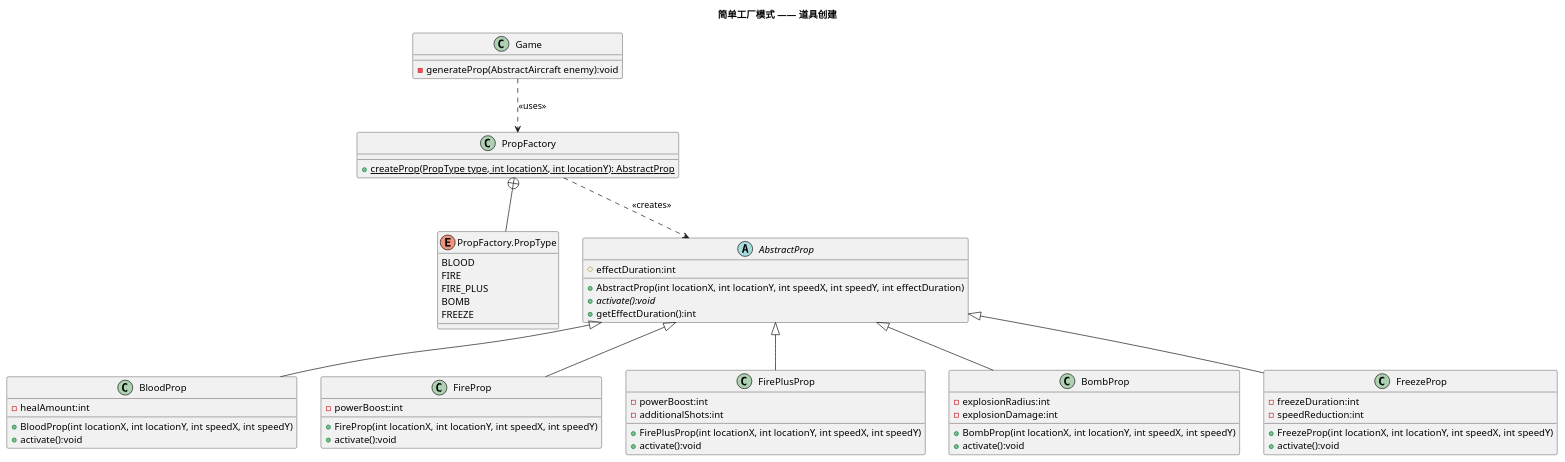
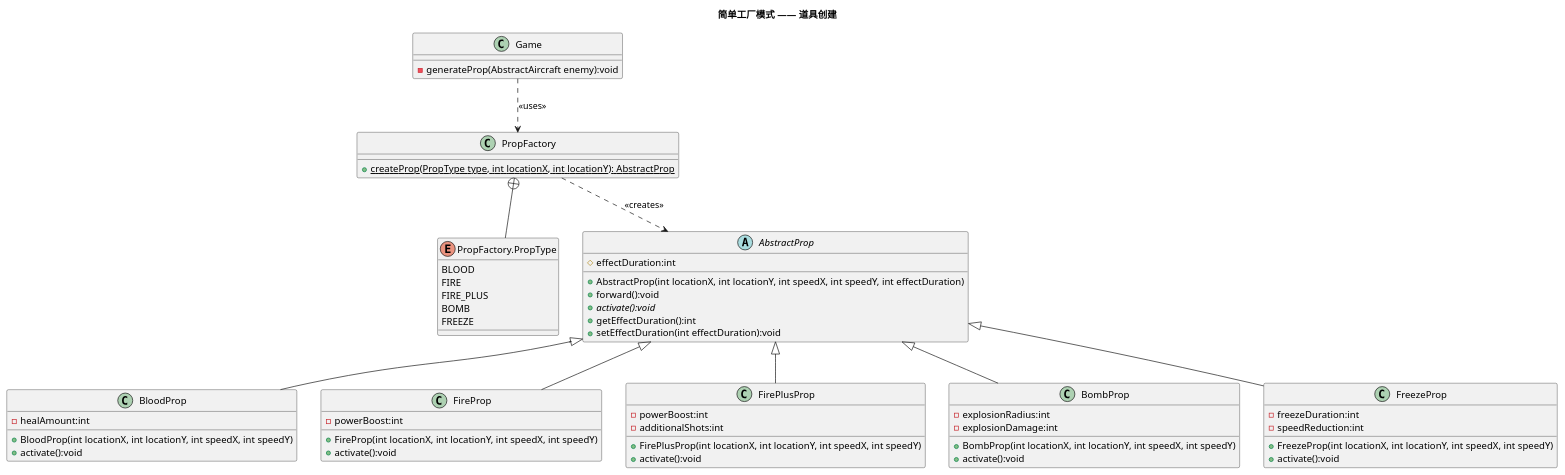
Before and after one commit to shark12-18/AircraftWar: the diagram in uml/SimpleFactory.puml, drawn with PlantUML. The commit also changed 5 other files, not shown here.

```diff
--- a/uml/SimpleFactory.puml
+++ b/uml/SimpleFactory.puml
@@ -1,83 +1,85 @@
 @startuml SimpleFactory
 '简单工厂模式 - 道具创建
 
 title 简单工厂模式 —— 道具创建
 
 ' ========== 简单工厂类 ==========
 class PropFactory {
     + {static} createProp(PropType type, int locationX, int locationY): AbstractProp
 }
 
 enum "PropFactory.PropType" as PropType {
     BLOOD
     FIRE
     FIRE_PLUS
     BOMB
     FREEZE
 }
 
 ' ========== 抽象产品 ==========
 abstract class AbstractProp {
     # effectDuration:int
     + AbstractProp(int locationX, int locationY, int speedX, int speedY, int effectDuration)
+    + forward():void
     + {abstract} activate():void
     + getEffectDuration():int
+    + setEffectDuration(int effectDuration):void
 }
 
 ' ========== 具体产品 ==========
 class BloodProp {
     - healAmount:int
     + BloodProp(int locationX, int locationY, int speedX, int speedY)
     + activate():void
 }
 
 class FireProp {
     - powerBoost:int
     + FireProp(int locationX, int locationY, int speedX, int speedY)
     + activate():void
 }
 
 class FirePlusProp {
     - powerBoost:int
     - additionalShots:int
     + FirePlusProp(int locationX, int locationY, int speedX, int speedY)
     + activate():void
 }
 
 class BombProp {
     - explosionRadius:int
     - explosionDamage:int
     + BombProp(int locationX, int locationY, int speedX, int speedY)
     + activate():void
 }
 
 class FreezeProp {
     - freezeDuration:int
     - speedReduction:int
     + FreezeProp(int locationX, int locationY, int speedX, int speedY)
     + activate():void
 }
 
 ' ========== 客户端 ==========
 class Game {
     - generateProp(AbstractAircraft enemy):void
 }
 
 ' ========== 关系 ==========
 ' 继承关系
 AbstractProp <|-- BloodProp
 AbstractProp <|-- FireProp
 AbstractProp <|-- FirePlusProp
 AbstractProp <|-- BombProp
 AbstractProp <|-- FreezeProp
 
 ' 工厂内嵌枚举
 PropFactory +-- PropType
 
 ' 工厂创建产品（依赖关系）
 PropFactory ..> AbstractProp : <<creates>>
 
 ' 客户端使用工厂
 Game ..> PropFactory : <<uses>>
 
 @enduml
```
